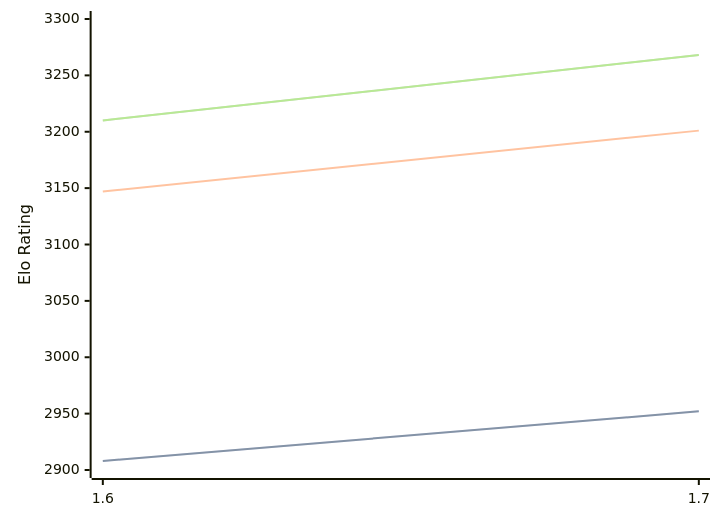
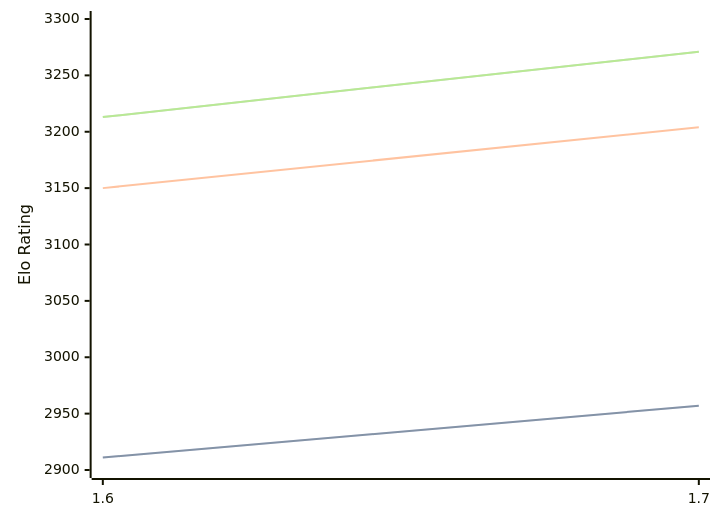
Before and after one commit to computer-chess-index/cci: the diagram in engines/Bitbit.md, drawn with Mermaid. The commit also changed other lines of this file, not shown here.

Commit message:
Update CCI Ratings (ELO VLTC) - 2026-09-24

````diff
--- a/engines/Bitbit.md
+++ b/engines/Bitbit.md
@@ -32,11 +32,11 @@
 ```mermaid
 %%{init: {"theme":"base","themeVariables":{"seriesColors:['#a3a3a3','#222221','#faa371']}}}%%
 xychart-beta
   x-axis ["1.6", "1.7"]
   y-axis "Elo Rating" 2900 --> 3300
-  line "" [2908, 2952]
-  line "STC (8.0+0.08s)" [2908, 2952]
-  line "LTC (60.0+0.60s)" [3147, 3201]
-  line "" [3210, 3268]
-  line "VLTC (2m24s+1.12s)" [3210, 3268]
+  line "" [2911, 2957]
+  line "STC (8.0+0.08s)" [2911, 2957]
+  line "LTC (60.0+0.60s)" [3150, 3204]
+  line "" [3213, 3271]
+  line "VLTC (2m24s+1.12s)" [3213, 3271]
 ```
````
